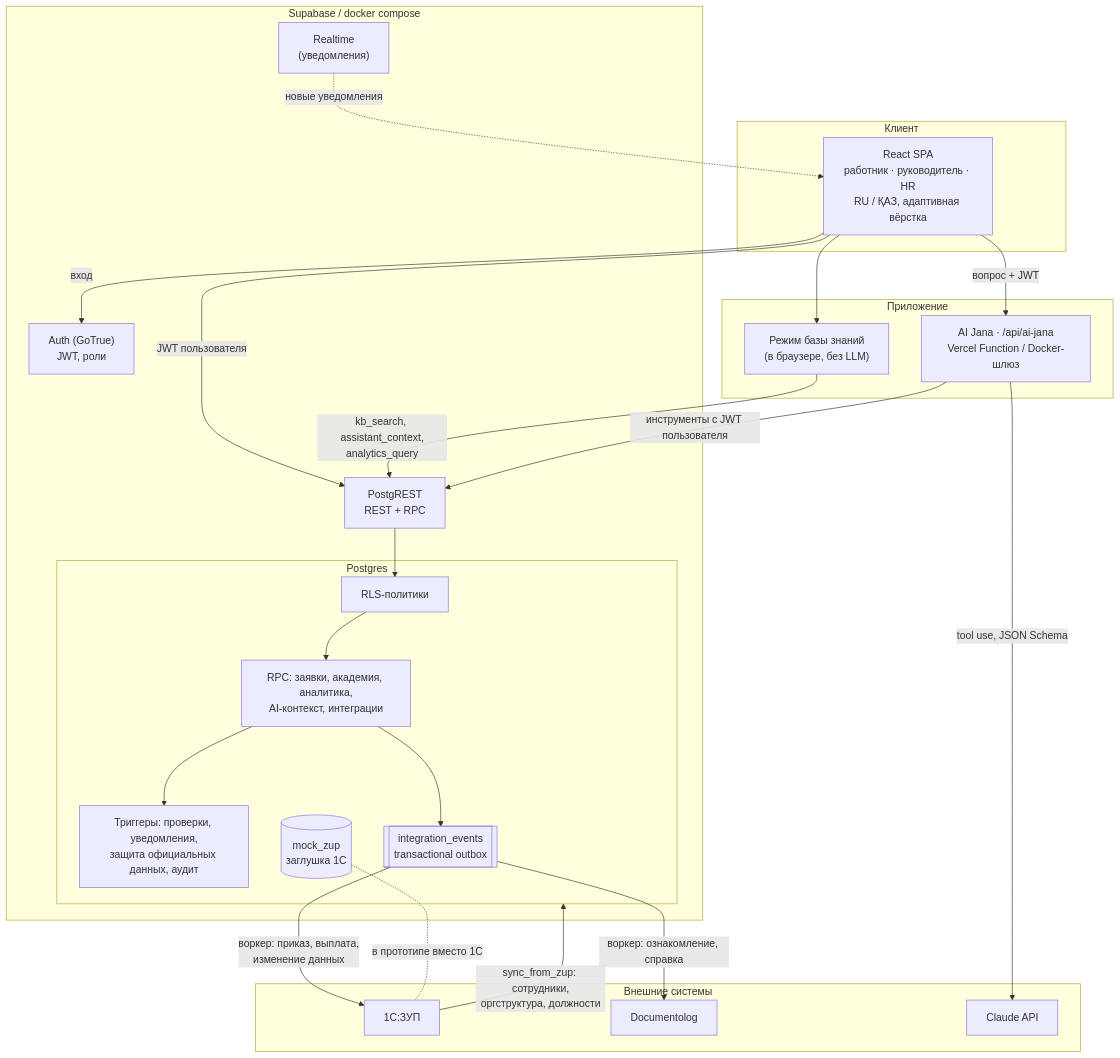
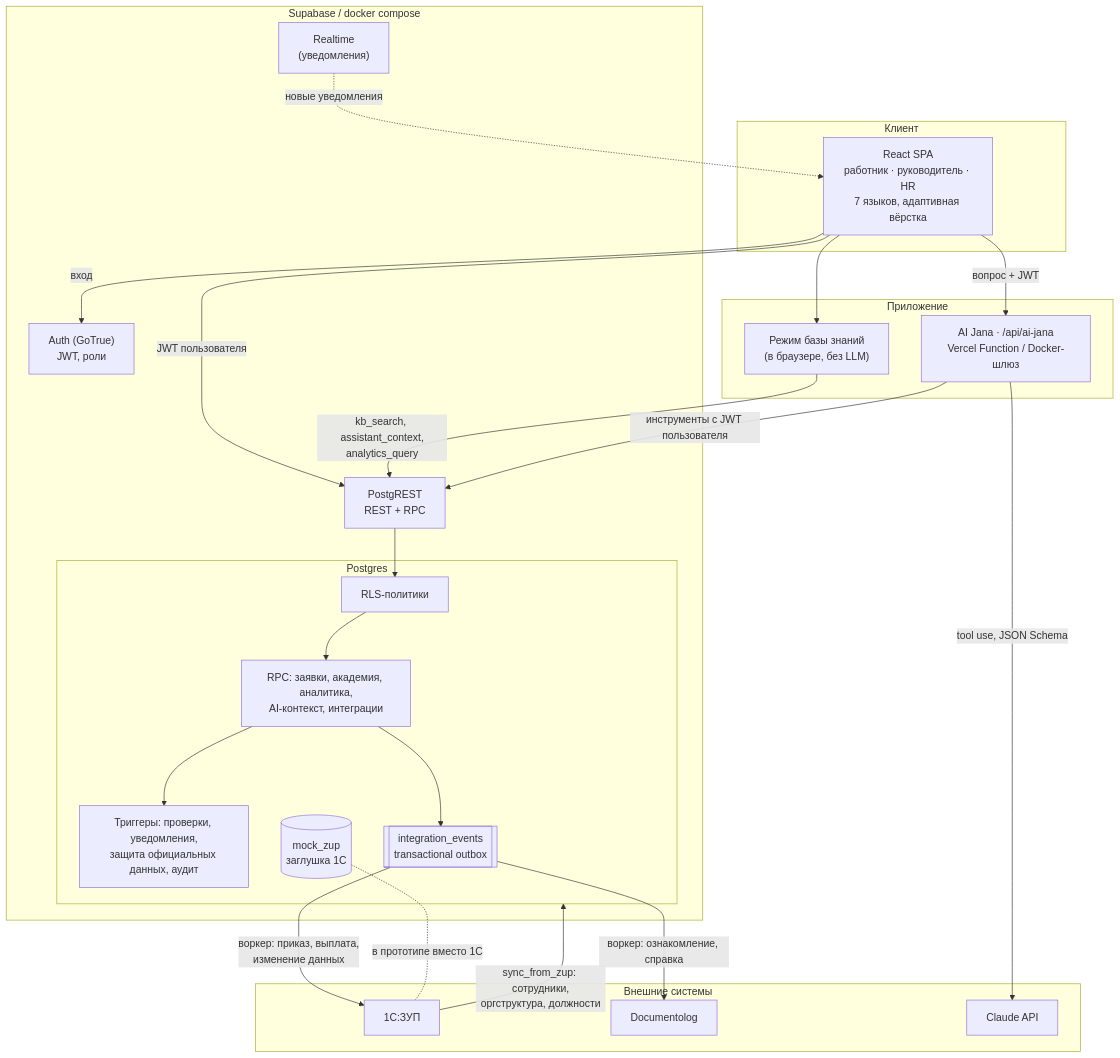
One commit to mokydek/TerriconValleyDigitalHR changed the first of 4 diagrams in docs/ARCHITECTURE.md. Above: the diagram before and after it, drawn with Mermaid. The commit also changed other lines of this file and 158 other files, not shown here.

````diff
--- a/docs/ARCHITECTURE.md
+++ b/docs/ARCHITECTURE.md
@@ -20,45 +20,45 @@
 ```mermaid
 flowchart TB
   subgraph Client["Клиент"]
-    SPA["React SPA<br/>работник · руководитель · HR<br/>RU / ҚАЗ, адаптивная вёрстка"]
+    SPA["React SPA<br/>работник · руководитель · HR<br/>7 языков, адаптивная вёрстка"]
   end
 
   subgraph App["Приложение"]
     FN["AI Jana · /api/ai-jana<br/>Vercel Function / Docker-шлюз"]
     KBL["Режим базы знаний<br/>(в браузере, без LLM)"]
   end
 
   subgraph Data["Supabase / docker compose"]
     AUTH["Auth (GoTrue)<br/>JWT, роли"]
     API["PostgREST<br/>REST + RPC"]
     RT["Realtime<br/>(уведомления)"]
     subgraph PG["Postgres"]
       RLS["RLS-политики"]
       RPC["RPC: заявки, академия, аналитика,<br/>AI-контекст, интеграции"]
       TRG["Триггеры: проверки, уведомления,<br/>защита официальных данных, аудит"]
       OUTBOX[["integration_events<br/>transactional outbox"]]
       MOCK[("mock_zup<br/>заглушка 1С")]
     end
   end
 
   subgraph Ext["Внешние системы"]
     ZUP["1С:ЗУП"]
     DOC["Documentolog"]
     LLM["Claude API"]
   end
 
   SPA -->|вход| AUTH
   SPA -->|JWT пользователя| API
   RT -.->|новые уведомления| SPA
   SPA -->|вопрос + JWT| FN
   SPA --> KBL
   KBL -->|kb_search, assistant_context,<br/>analytics_query| API
   FN -->|инструменты с JWT пользователя| API
   FN -->|tool use, JSON Schema| LLM
   API --> RLS --> RPC --> TRG
   RPC --> OUTBOX
   OUTBOX -->|воркер: приказ, выплата,<br/>изменение данных| ZUP
   OUTBOX -->|воркер: ознакомление, справка| DOC
   ZUP -->|sync_from_zup: сотрудники,<br/>оргструктура, должности| PG
   MOCK -. в прототипе вместо 1С .- ZUP
 ```
````
